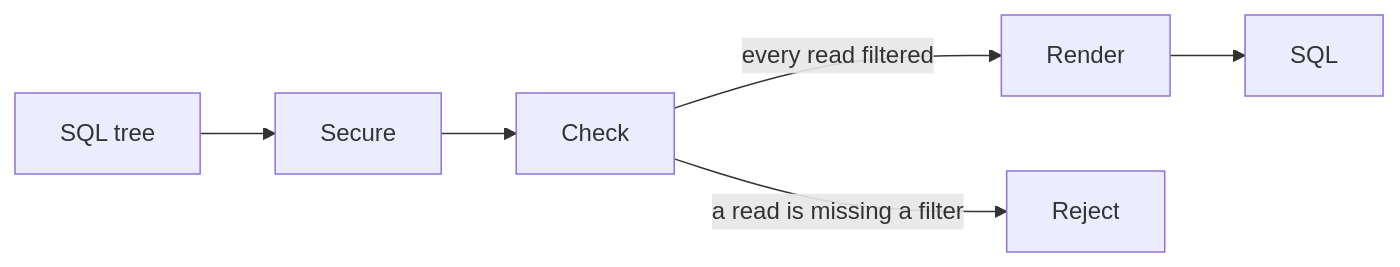
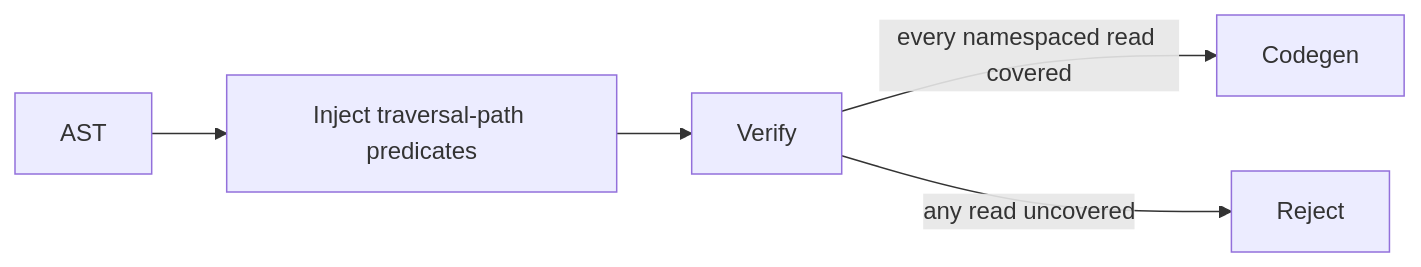
Before and after one commit to gitlabhq/orbit-knowledge-graph: the ninth of 26 diagrams in docs/pages/engineering/architecture/query-engine.md, drawn with Mermaid. The commit also changed other lines of this file and 2 other files, not shown here.

Commit message:
docs(architecture): tighten the querying pages and add the engine walkthrough

````diff
--- a/docs/pages/engineering/architecture/query-engine.md
+++ b/docs/pages/engineering/architecture/query-engine.md
@@ -141,8 +253,7 @@
 ```mermaid
 flowchart LR
-    Tree[SQL tree] --> Secure
-    Secure --> Check
-    Check -- every read filtered --> Render
-    Check -- a read is missing a filter --> Reject
-    Render --> SQL
+    AST --> Security[Inject traversal-path predicates]
+    Security --> Verify
+    Verify -- every namespaced read covered --> Codegen
+    Verify -- any read uncovered --> Reject
 ```
````
